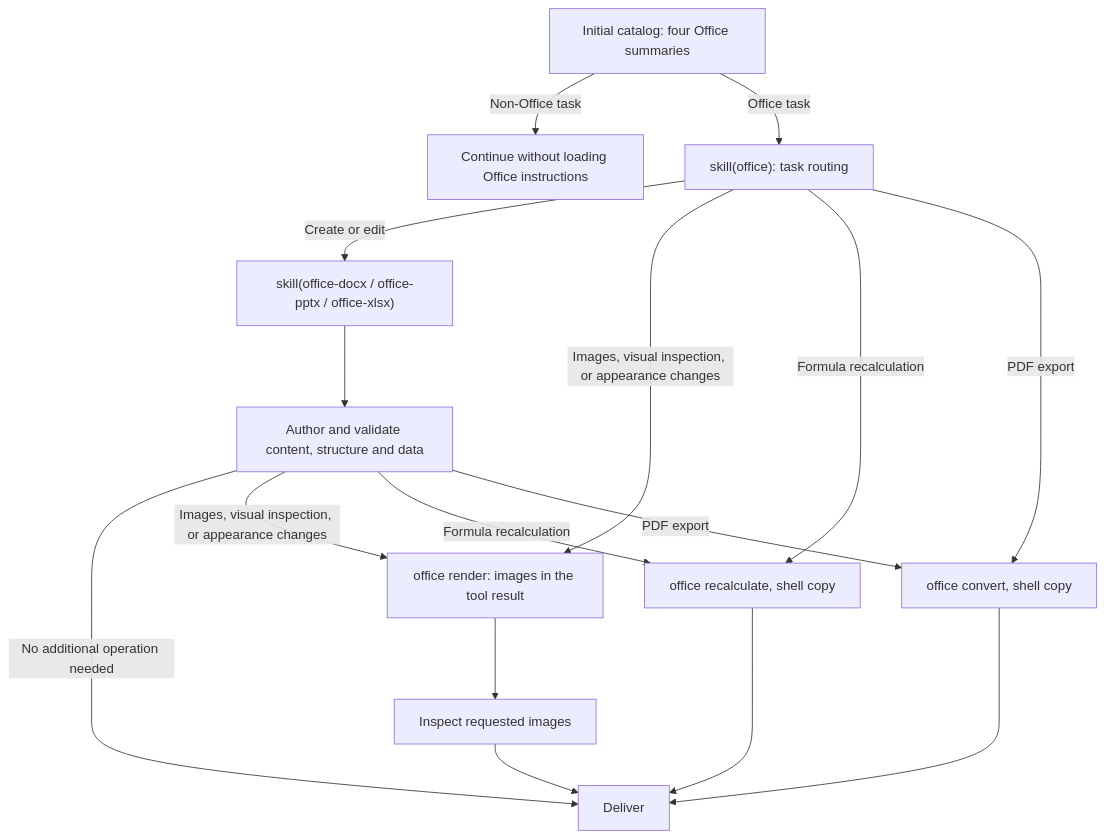
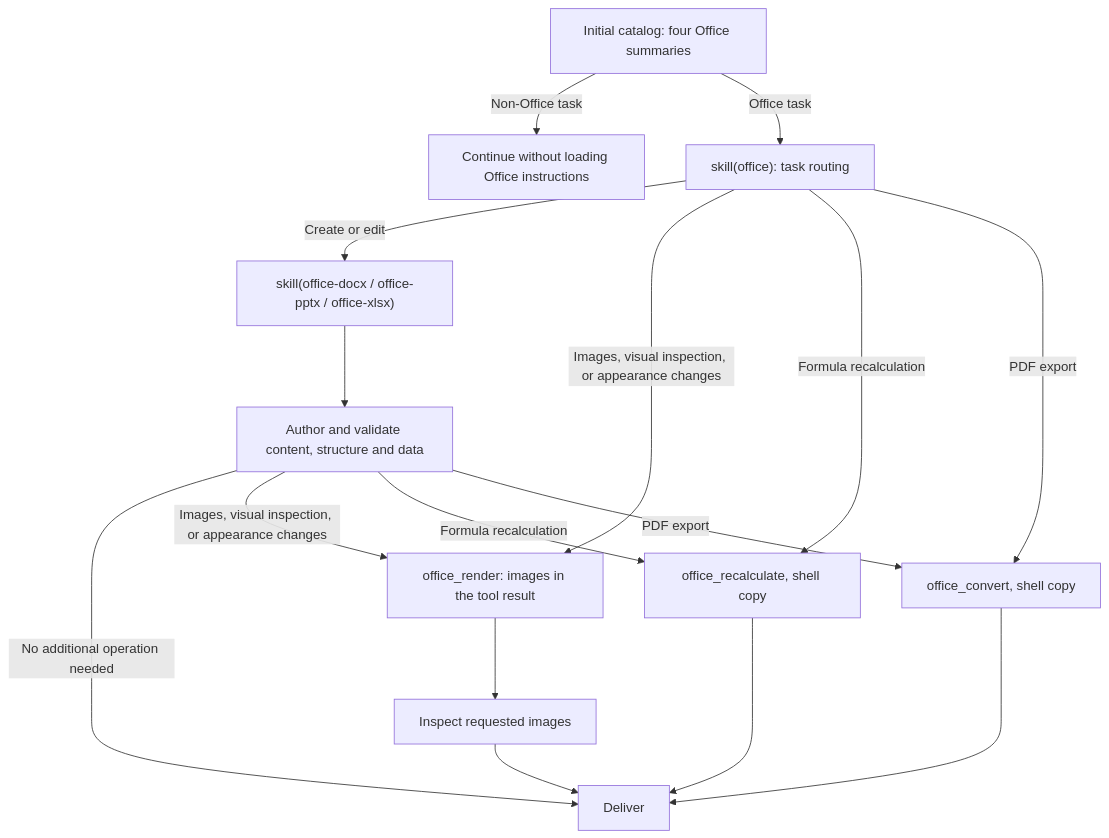
One commit to deepseek-ai/deepseek-harness changed the diagram in packages/skill/skill-office/README.md. Above: the diagram before and after it, drawn with Mermaid. The commit also changed other lines of this file and 152 other files, not shown here.

First line of the commit message:
refactor(office): office 工具拆成 office_render/office_convert/office_recalculate，加载 Office 技能后按需声明

````diff
--- a/packages/skill/skill-office/README.md
+++ b/packages/skill/skill-office/README.md
@@ -50,23 +50,23 @@
 ```mermaid
 flowchart TD
     A["Initial catalog: four Office summaries"]
     A -->|Non-Office task| N["Continue without loading Office instructions"]
     A -->|Office task| B["skill(office): task routing"]
 
     B -->|Create or edit| C["skill(office-docx / office-pptx / office-xlsx)"]
     C --> D["Author and validate content, structure and data"]
     D -->|No additional operation needed| F["Deliver"]
 
-    B -->|Images, visual inspection, or appearance changes| R["office render: images in the tool result"]
+    B -->|Images, visual inspection, or appearance changes| R["office_render: images in the tool result"]
     D -->|Images, visual inspection, or appearance changes| R
     R --> V["Inspect requested images"]
     V --> F
 
-    B -->|Formula recalculation| X["office recalculate, shell copy"]
+    B -->|Formula recalculation| X["office_recalculate, shell copy"]
     D -->|Formula recalculation| X
     X --> F
 
-    B -->|PDF export| P["office convert, shell copy"]
+    B -->|PDF export| P["office_convert, shell copy"]
     D -->|PDF export| P
     P --> F
 ```
````
